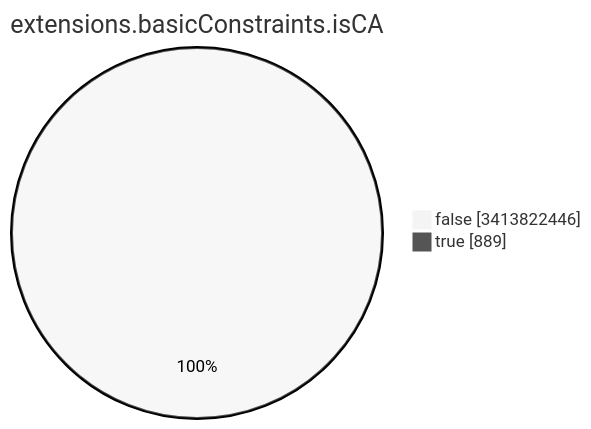
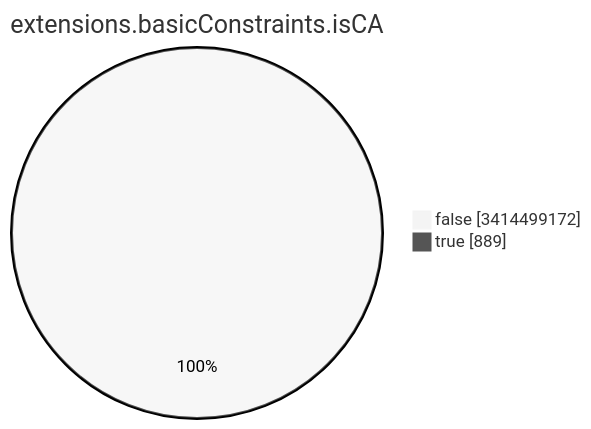
Before and after one commit to christiankrug/ctmonitor_visualization: the seventh of 15 diagrams in TOTAL/README.md, drawn with Mermaid (neutral theme). The commit also changed other lines of this file, not shown here.

````diff
--- a/TOTAL/README.md
+++ b/TOTAL/README.md
@@ -3092,6 +3092,6 @@
 ```mermaid
 pie showData
 title extensions.basicConstraints.isCA
-"false" :3413822446
+"false" :3414499172
 "true" :889
 ```
````
